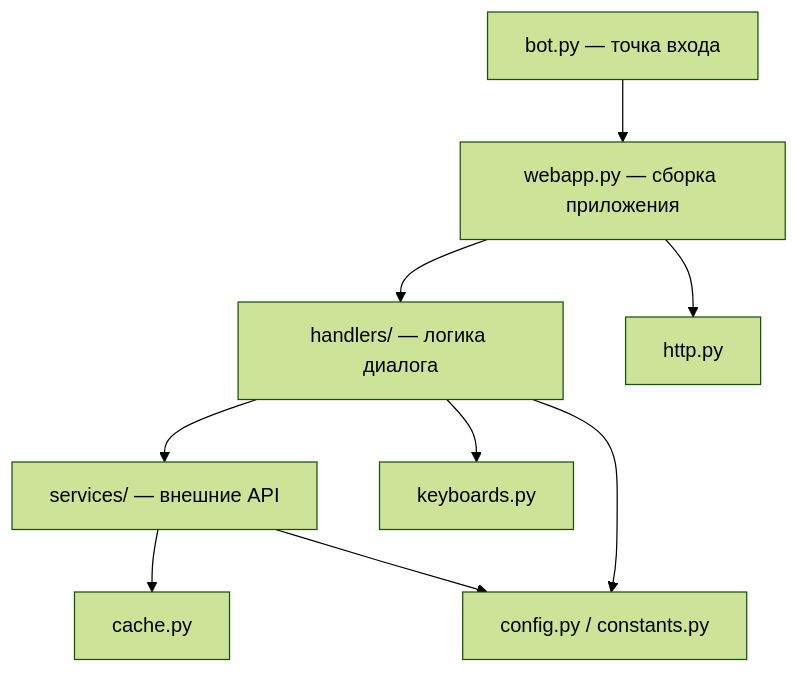
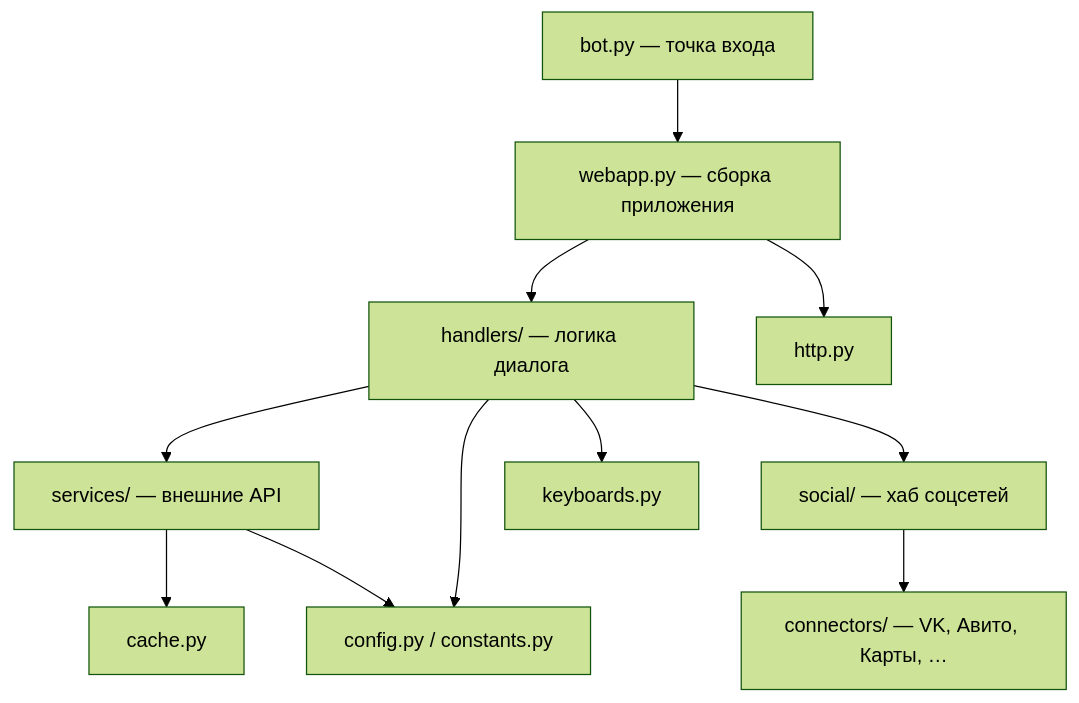
One commit to bazgen89-netizen/Yea-bot- changed the third of 3 diagrams in ARCHITECTURE.md. Above: the diagram before and after it, drawn with Mermaid (forest theme). The commit also changed other lines of this file and 25 other files, not shown here.

````diff
--- a/ARCHITECTURE.md
+++ b/ARCHITECTURE.md
@@ -107,11 +116,13 @@
 ```mermaid
 flowchart TD
     E[bot.py — точка входа] --> W[webapp.py — сборка приложения]
     W --> HA[handlers/ — логика диалога]
     HA --> SV[services/ — внешние API]
+    HA --> SO[social/ — хаб соцсетей]
+    SO --> CN[connectors/ — VK, Авито, Карты, …]
     HA --> K[keyboards.py]
     SV --> CA[cache.py]
     SV --> CO[config.py / constants.py]
     HA --> CO
     W --> HT[http.py]
 ```
````
